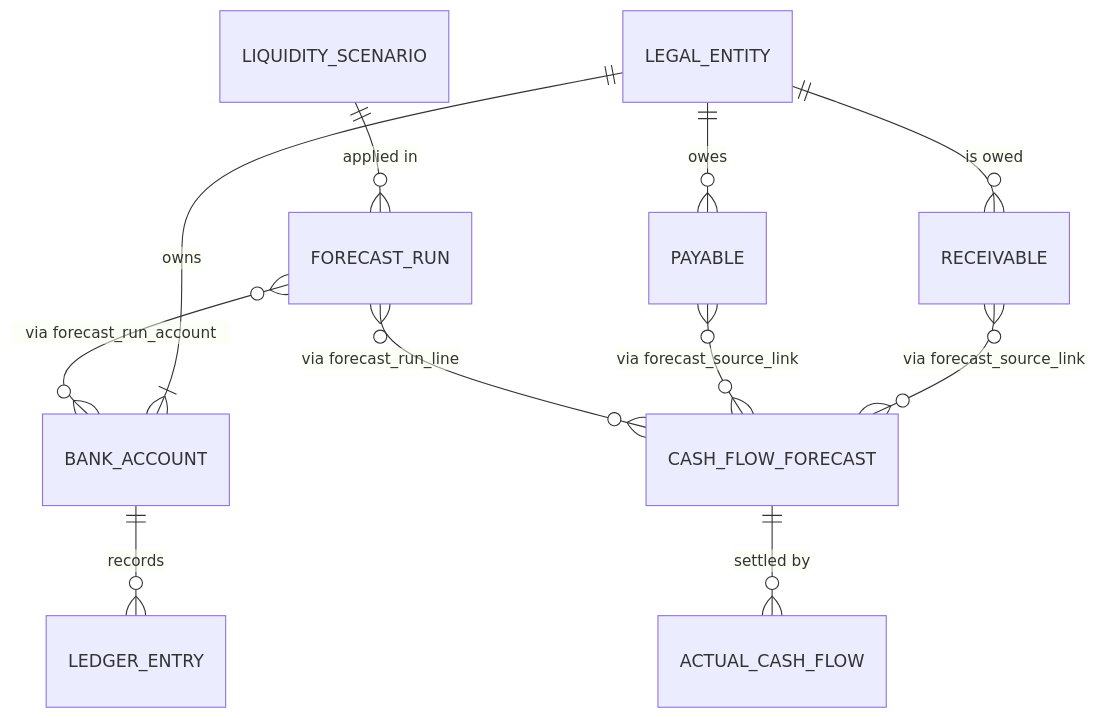
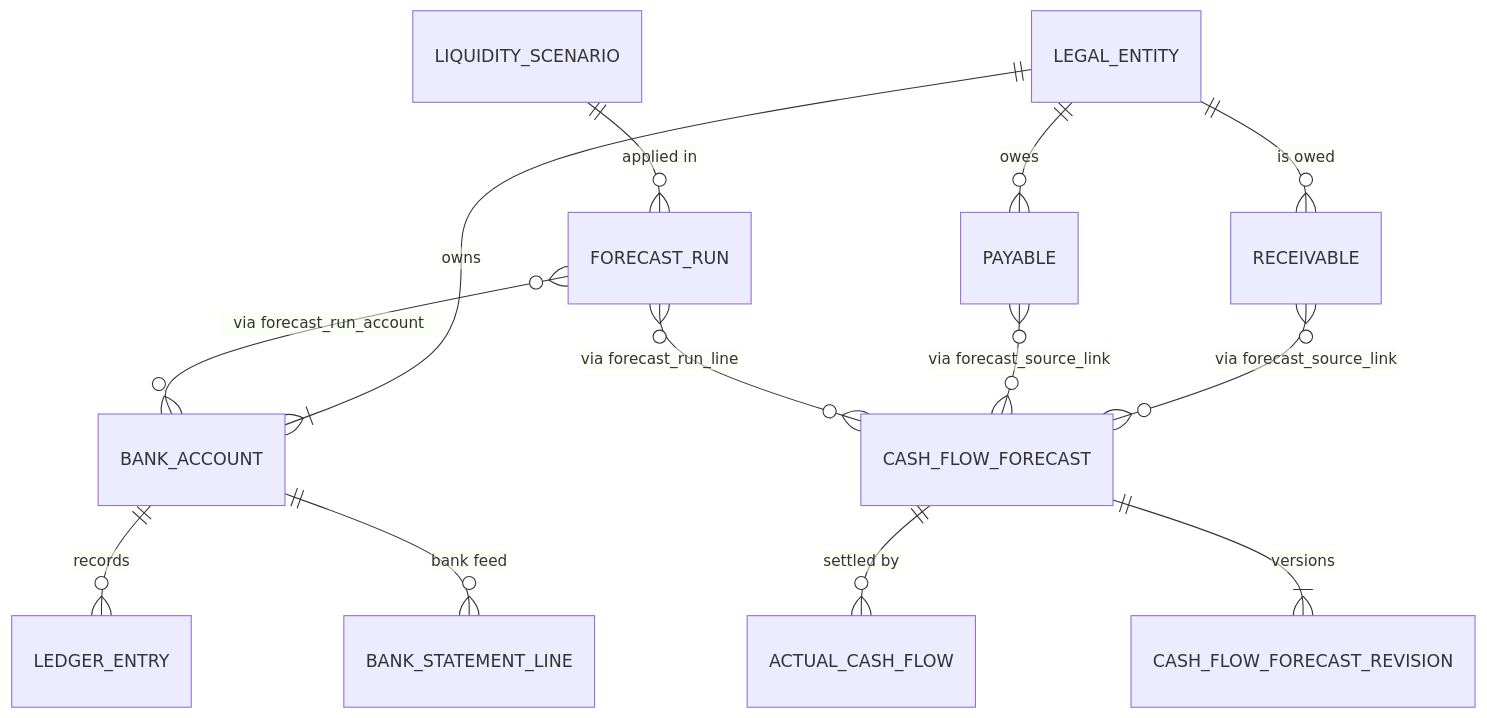
The second of 2 diagrams in README.md (iashutoshyadav/liquidity-forecasting), drawn with Mermaid before and after one commit. The commit also changed other lines of this file and 35 other files, not shown here.

First line of the commit message:
Add revision history, independent bank reconciliation and audit fixes

````diff
--- a/README.md
+++ b/README.md
@@ -153,13 +155,15 @@
 ```mermaid
 erDiagram
     LEGAL_ENTITY ||--|{ BANK_ACCOUNT : owns
     BANK_ACCOUNT ||--o{ LEDGER_ENTRY : records
     LEGAL_ENTITY ||--o{ RECEIVABLE : "is owed"
     LEGAL_ENTITY ||--o{ PAYABLE : owes
     RECEIVABLE }o--o{ CASH_FLOW_FORECAST : "via forecast_source_link"
     PAYABLE }o--o{ CASH_FLOW_FORECAST : "via forecast_source_link"
     CASH_FLOW_FORECAST ||--o{ ACTUAL_CASH_FLOW : "settled by"
     LIQUIDITY_SCENARIO ||--o{ FORECAST_RUN : "applied in"
     FORECAST_RUN }o--o{ CASH_FLOW_FORECAST : "via forecast_run_line"
     FORECAST_RUN }o--o{ BANK_ACCOUNT : "via forecast_run_account"
+    CASH_FLOW_FORECAST ||--|{ CASH_FLOW_FORECAST_REVISION : "versions"
+    BANK_ACCOUNT ||--o{ BANK_STATEMENT_LINE : "bank feed"
 ```
````
